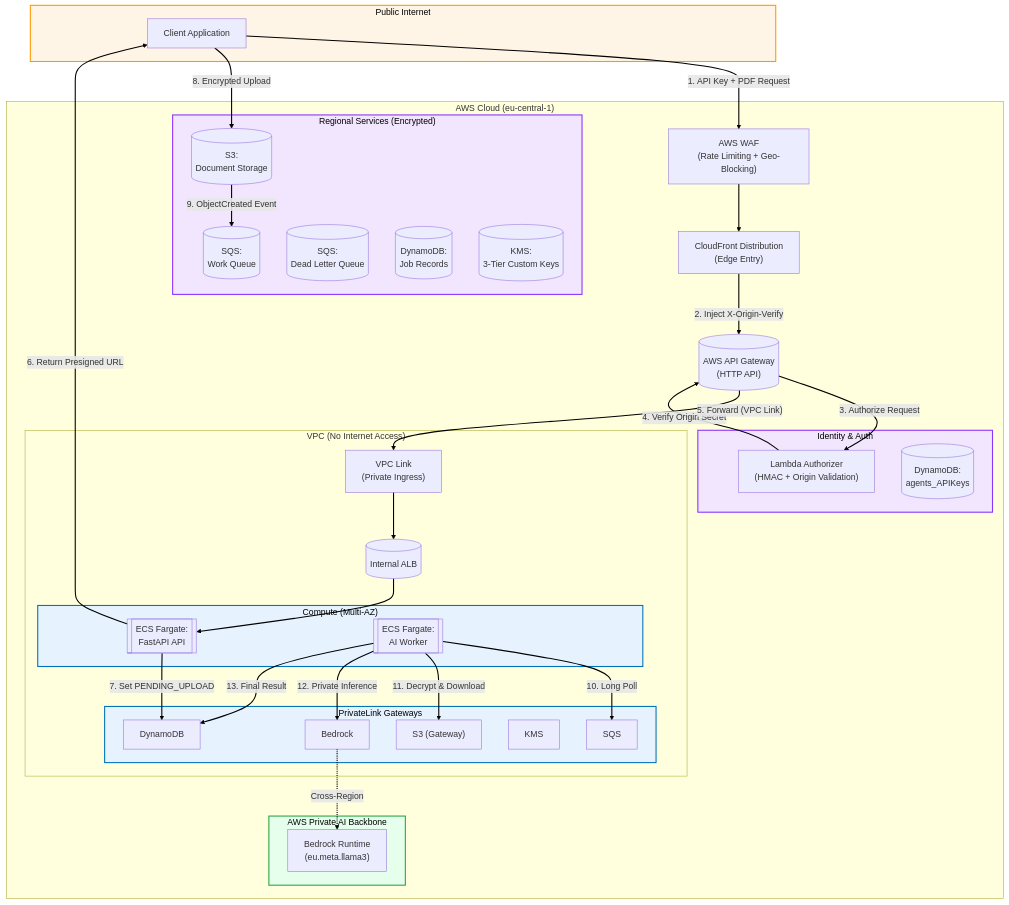
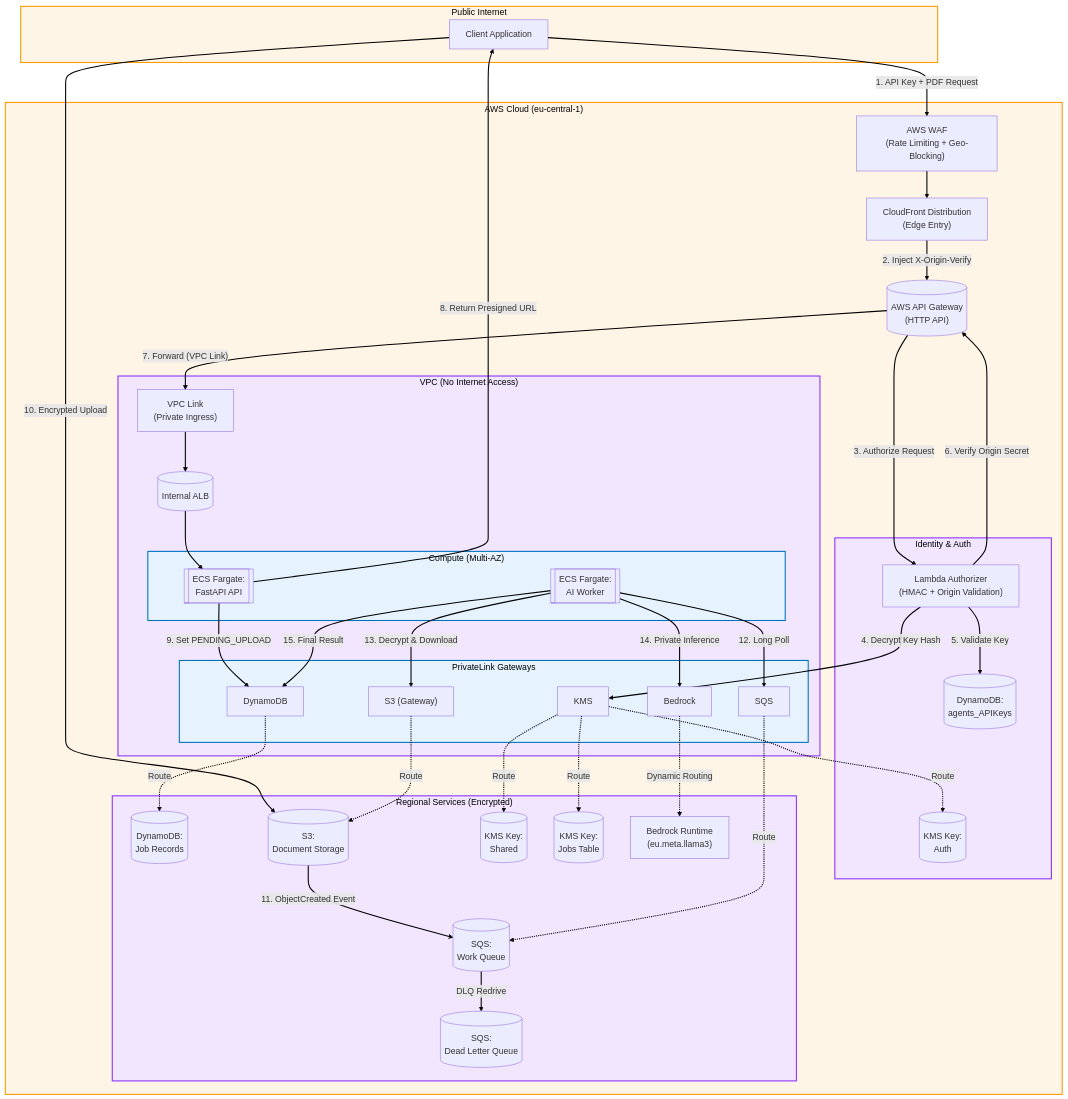
Before and after one commit to SteliosSpanos/secure-agents: the diagram in README.md, drawn with Mermaid.

Commit message:
Fixes diagram

````diff
--- a/README.md
+++ b/README.md
@@ -11,10 +11,9 @@
 ```mermaid
 graph TD
-  %% Define Styles
+  %% Define Styles (Reverted to Old Coloring Scheme)
   classDef orange fill:#fff5e6,stroke:#ff9900,stroke-width:2px,color:#000;
   classDef purple fill:#f2e6ff,stroke:#8c33ff,stroke-width:2px,color:#000;
   classDef blue fill:#e6f3ff,stroke:#0073bb,stroke-width:2px,color:#000;
-  classDef green fill:#e6ffed,stroke:#28a745,stroke-width:2px,color:#000;
 
   linkStyle default stroke:#000000,stroke-width:2px,fill:none;
 
@@ -31,6 +30,7 @@
     subgraph AuthLayer["Identity & Auth"]
       Authorizer["Lambda Authorizer<br>(HMAC + Origin Validation)"]
       ApiKeysTable[("DynamoDB:<br>agents_APIKeys")]
+      KmsAuth[("KMS Key:<br>Auth")]
     end
     class AuthLayer purple;
 
@@ -39,7 +39,9 @@
       DlqQueue[("SQS:<br>Dead Letter Queue")]
       JobsTable[("DynamoDB:<br>Job Records")]
       StorageBucket[("S3:<br>Document Storage")]
-      KmsKey[("KMS:<br>3-Tier Custom Keys")]
+      KmsShared[("KMS Key:<br>Shared")]
+      KmsJobs[("KMS Key:<br>Jobs Table")]
+      BedrockInference["Bedrock Runtime<br>(eu.meta.llama3)"]
     end
     class RegionalServices purple;
 
@@ -62,33 +64,41 @@
       end
       class PrivateSubnets blue;
     end
-
-    subgraph BedrockNetwork["AWS Private AI Backbone"]
-        BedrockInference["Bedrock Runtime<br>(eu.meta.llama3)"]
-    end
-    class BedrockNetwork green;
-
+    class VPC purple;
   end
+  class AWSCloud orange;
 
   Client -- "1. API Key + PDF Request" --> WAF
   WAF --> CloudFront
   CloudFront -- "2. Inject X-Origin-Verify" --> APIGW
   APIGW -- "3. Authorize Request" --> Authorizer
-  Authorizer -- "4. Verify Origin Secret" --> APIGW
+  Authorizer -- "4. Decrypt Key Hash" --> EndpointKMS
+  Authorizer -- "5. Validate Key" --> ApiKeysTable
+  Authorizer -- "6. Verify Origin Secret" --> APIGW
 
-  APIGW -- "5. Forward (VPC Link)" --> VpcLinkENI
+  APIGW -- "7. Forward (VPC Link)" --> VpcLinkENI
   VpcLinkENI --> InternalALB
   InternalALB --> ApiService
 
-  ApiService -- "6. Return Presigned URL" --> Client
-  ApiService -- "7. Set PENDING_UPLOAD" --> EndpointDynamoDB
+  ApiService -- "8. Return Presigned URL" --> Client
+  ApiService -- "9. Set PENDING_UPLOAD" --> EndpointDynamoDB
 
-  Client -- "8. Encrypted Upload" --> StorageBucket
-  StorageBucket -- "9. ObjectCreated Event" --> MainQueue
+  Client -- "10. Encrypted Upload" --> StorageBucket
+  StorageBucket -- "11. ObjectCreated Event" --> MainQueue
 
-  WorkerService -- "10. Long Poll" --> EndpointSQS
-  WorkerService -- "11. Decrypt & Download" --> EndpointS3
-  WorkerService -- "12. Private Inference" --> EndpointBedrock
-  EndpointBedrock -. "Cross-Region" .-> BedrockInference
-  WorkerService -- "13. Final Result" --> EndpointDynamoDB
+  MainQueue -- "DLQ Redrive" --> DlqQueue
+
+  WorkerService -- "12. Long Poll" --> EndpointSQS
+  WorkerService -- "13. Decrypt & Download" --> EndpointS3
+  WorkerService -- "14. Private Inference" --> EndpointBedrock
+  WorkerService -- "15. Final Result" --> EndpointDynamoDB
+
+  %% Logical Routing via Endpoints
+  EndpointDynamoDB -. "Route" .-> JobsTable
+  EndpointSQS -. "Route" .-> MainQueue
+  EndpointS3 -. "Route" .-> StorageBucket
+  EndpointKMS -. "Route" .-> KmsShared
+  EndpointKMS -. "Route" .-> KmsJobs
+  EndpointKMS -. "Route" .-> KmsAuth
+  EndpointBedrock -. "Dynamic Routing" .-> BedrockInference
 ```
````
